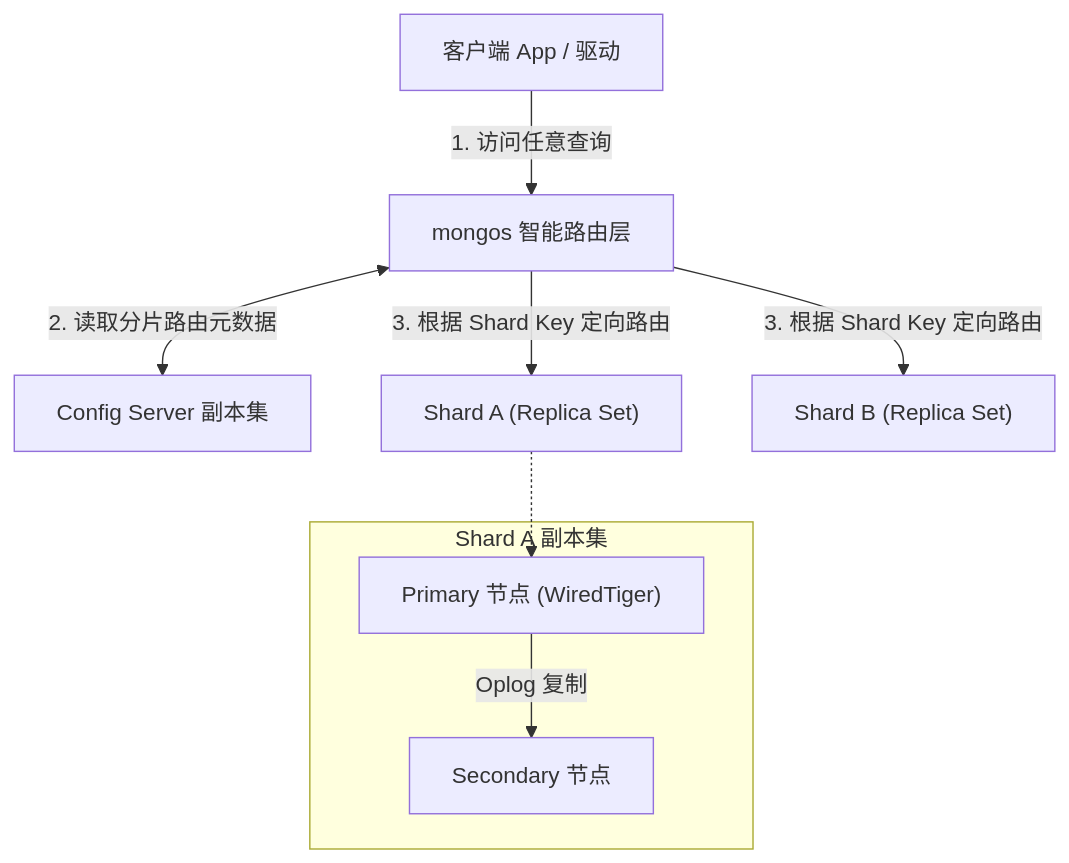
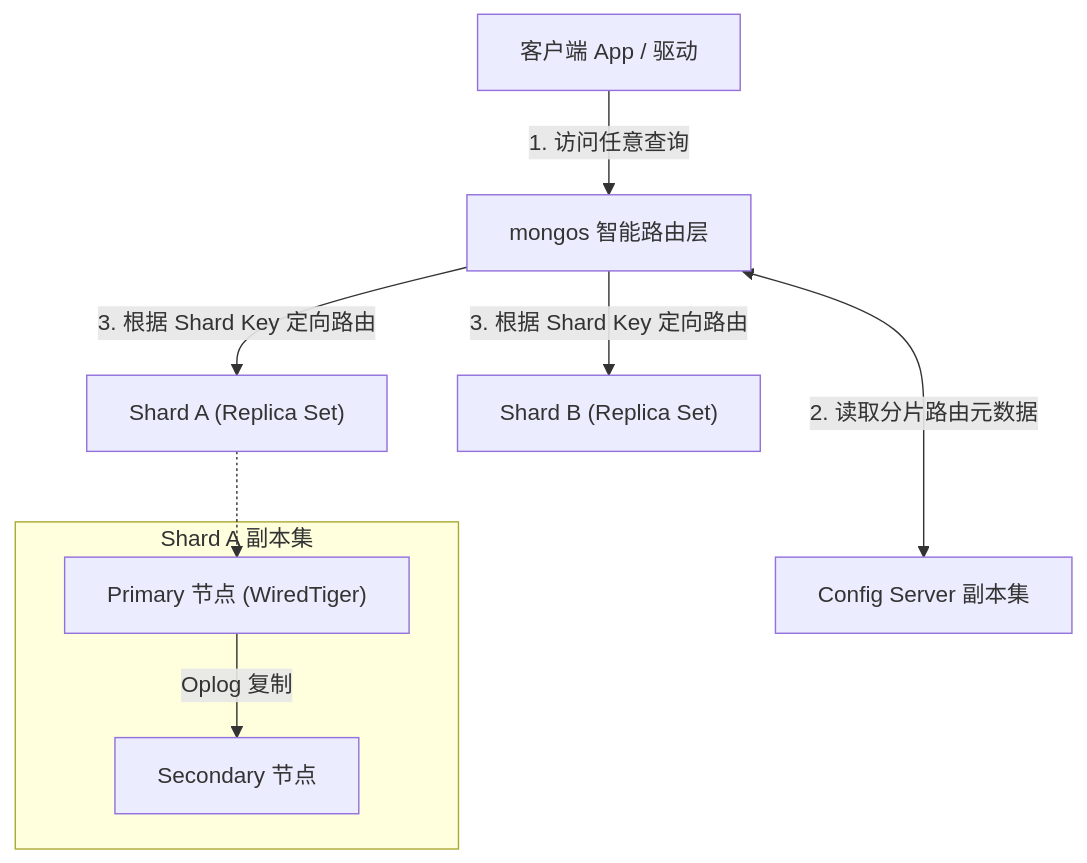
Before and after one commit to koosai/AI-Architect-Learning: the first of 6 diagrams in docs/atlas/mongodb.mdx, drawn with Mermaid. The commit also changed other lines of this file and 68 other files, not shown here.

Commit message:
fix(atlas): fix browser client-side Mermaid rendering for mindmaps and flowcharts across 67 case studies

````diff
--- a/docs/atlas/mongodb.mdx
+++ b/docs/atlas/mongodb.mdx
@@ -47,13 +47,13 @@
 ```mermaid
 graph TD
   Client["客户端 App / 驱动"] -->|1. 访问任意查询| MongosRouter["mongos 智能路由层"]
-  MongosRouter <-->|2. 读取分片路由元数据| ConfigServer["Config Server 副本集"]
+  MongosRouter <--->|2. 读取分片路由元数据| ConfigServer["Config Server 副本集"]
   MongosRouter -->|3. 根据 Shard Key 定向路由| ShardA["Shard A (Replica Set)"]
   MongosRouter -->|3. 根据 Shard Key 定向路由| ShardB["Shard B (Replica Set)"]
   
   subgraph ShardA_Cluster["Shard A 副本集"]
     PrimaryA["Primary 节点 (WiredTiger)"] -->|Oplog 复制| SecondaryA["Secondary 节点"]
   end
 
   ShardA -.-> PrimaryA
 ```
````
